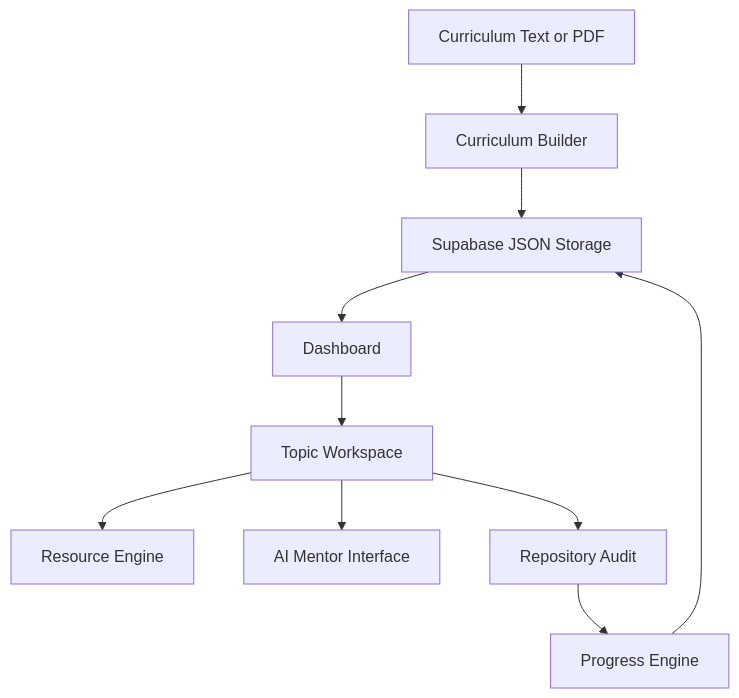
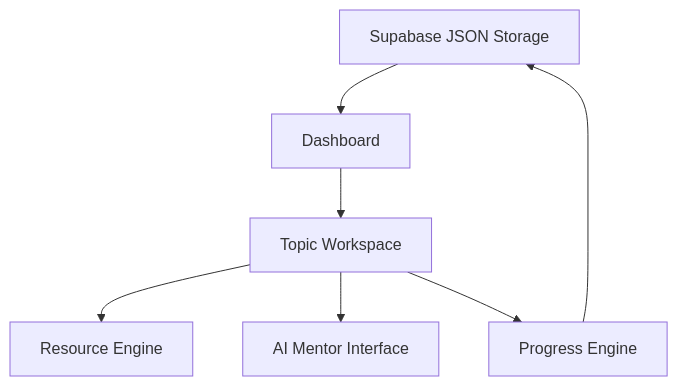
The diagram in SCOPEMOUNTAIN_PRODUCT_SPECIFICATION.md (JackCulleton/workflow-manage), drawn with Mermaid before and after one commit. The commit also changed other lines of this file and 11 other files, not shown here.

````diff
--- a/SCOPEMOUNTAIN_PRODUCT_SPECIFICATION.md
+++ b/SCOPEMOUNTAIN_PRODUCT_SPECIFICATION.md
@@ -29,22 +27,16 @@
 ```mermaid
 flowchart TD
-  Curriculum[Curriculum Text or PDF]
-  Builder[Curriculum Builder]
   Storage[Supabase JSON Storage]
   Dashboard[Dashboard]
   Resources[Resource Engine]
   Topic[Topic Workspace]
   Chat[AI Mentor Interface]
-  Audit[Repository Audit]
   Progress[Progress Engine]
 
-  Curriculum --> Builder
-  Builder --> Storage
   Storage --> Dashboard
   Dashboard --> Topic
   Topic --> Resources
   Topic --> Chat
-  Topic --> Audit
-  Audit --> Progress
+  Topic --> Progress
   Progress --> Storage
 ```
````
